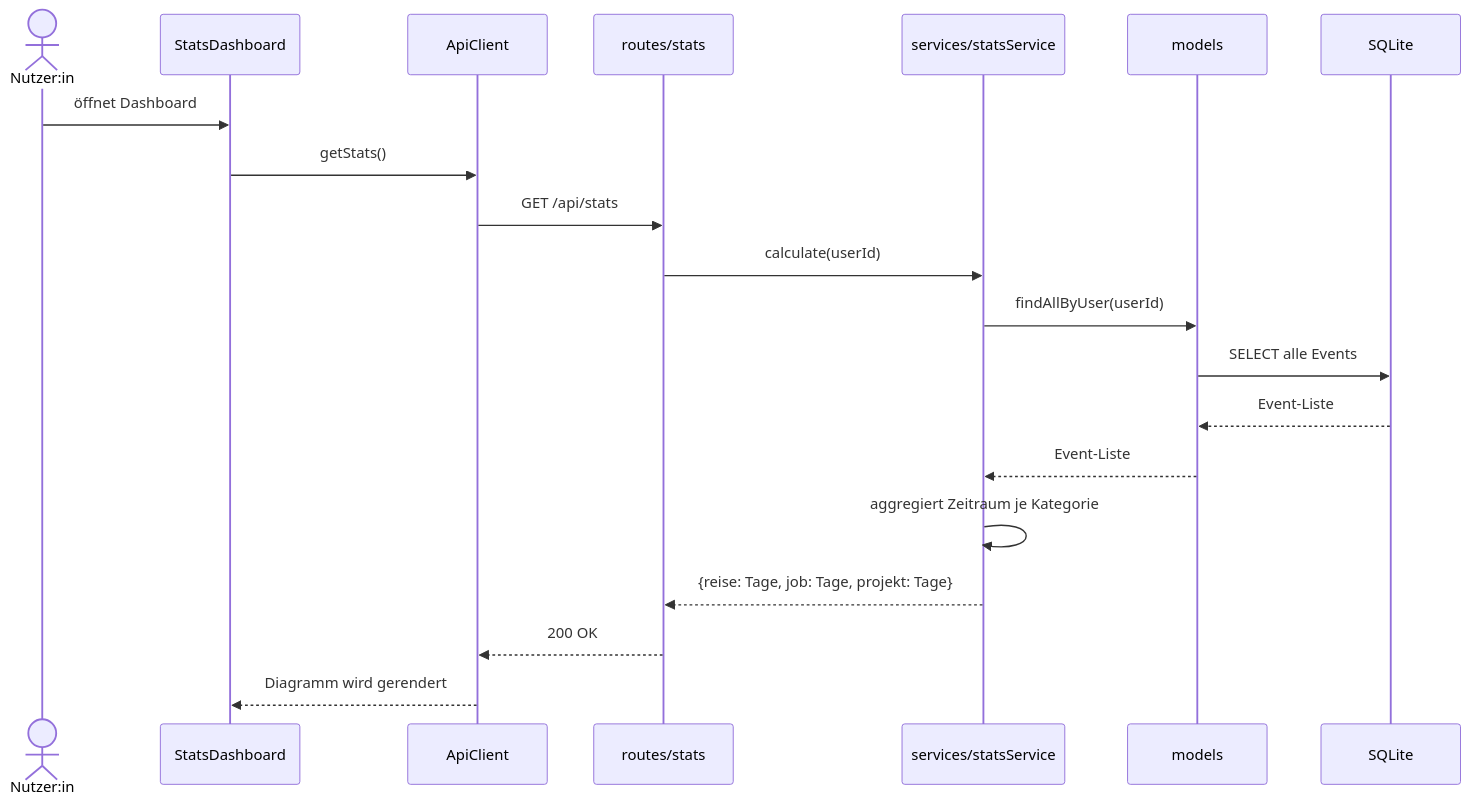
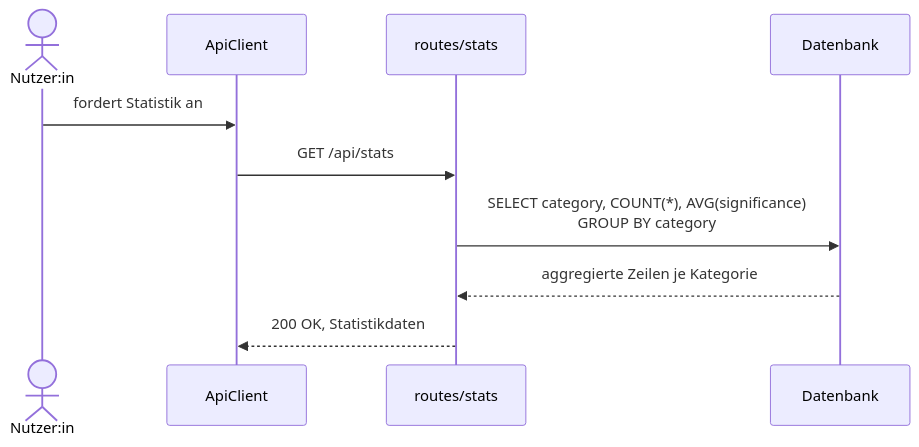
One commit to ksukh-ux/lifeline-project changed the third of 3 diagrams in docs/arch/A06-Laufzeitansicht.md. Above: the diagram before and after it, drawn with Mermaid. The commit also changed other lines of this file, not shown here.

Commit message:
docs(arch): align sequence diagrams with actual code and building blocks

````diff
--- a/docs/arch/A06-Laufzeitansicht.md
+++ b/docs/arch/A06-Laufzeitansicht.md
@@ -85,23 +83,13 @@
 ```mermaid
 sequenceDiagram
     actor N as Nutzer:in
-    participant SD as StatsDashboard
     participant AC as ApiClient
     participant R as routes/stats
-    participant S as services/statsService
-    participant M as models
-    participant DB as SQLite
+    participant DB as Datenbank
 
-    N->>SD: öffnet Dashboard
-    SD->>AC: getStats()
+    N->>AC: fordert Statistik an
     AC->>R: GET /api/stats
-    R->>S: calculate(userId)
-    S->>M: findAllByUser(userId)
-    M->>DB: SELECT alle Events
-    DB-->>M: Event-Liste
-    M-->>S: Event-Liste
-    S->>S: aggregiert Zeitraum je Kategorie
-    S-->>R: {reise: Tage, job: Tage, projekt: Tage}
-    R-->>AC: 200 OK
-    AC-->>SD: Diagramm wird gerendert
+    R->>DB: SELECT category, COUNT(*), AVG(significance)<br/>GROUP BY category
+    DB-->>R: aggregierte Zeilen je Kategorie
+    R-->>AC: 200 OK, Statistikdaten
 ```
````
